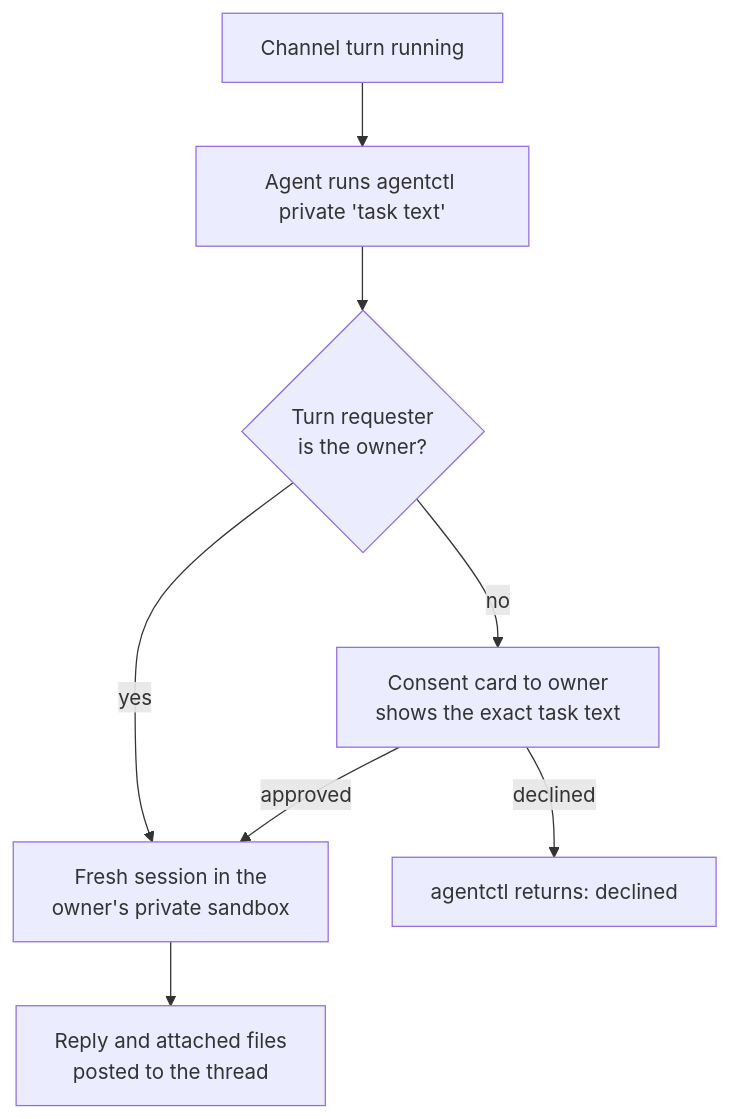
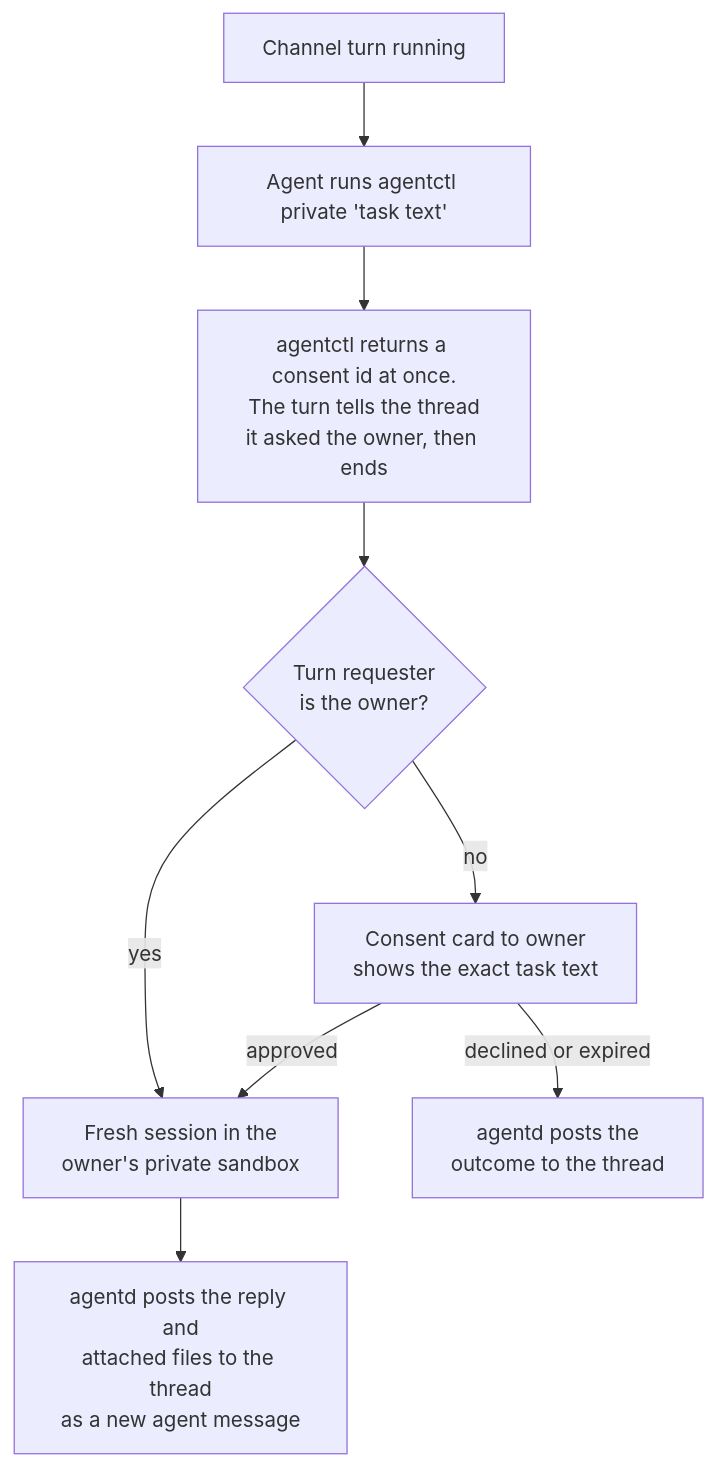
The third of 7 diagrams in docs/design.md (agentsky/agent-core), drawn with Mermaid before and after one commit. The commit also changed other lines of this file, not shown here.

First line of the commit message:
Make private tasks asynchronous and tighten agent-to-agent gating

````diff
--- a/docs/design.md
+++ b/docs/design.md
@@ -276,10 +280,11 @@
 ```mermaid
 flowchart TD
     T["Channel turn running"] --> R["Agent runs agentctl private 'task text'"]
-    R --> O{"Turn requester<br/>is the owner?"}
+    R --> ID["agentctl returns a consent id at once.<br/>The turn tells the thread<br/>it asked the owner, then ends"]
+    ID --> O{"Turn requester<br/>is the owner?"}
     O -- yes --> RUN["Fresh session in the<br/>owner's private sandbox"]
     O -- no --> CN["Consent card to owner<br/>shows the exact task text"]
     CN -- approved --> RUN
-    CN -- declined --> DN["agentctl returns: declined"]
-    RUN --> RES["Reply and attached files<br/>posted to the thread"]
+    CN -- "declined or expired" --> DN["agentd posts the<br/>outcome to the thread"]
+    RUN --> RES["agentd posts the reply and<br/>attached files to the thread<br/>as a new agent message"]
 ```
````
